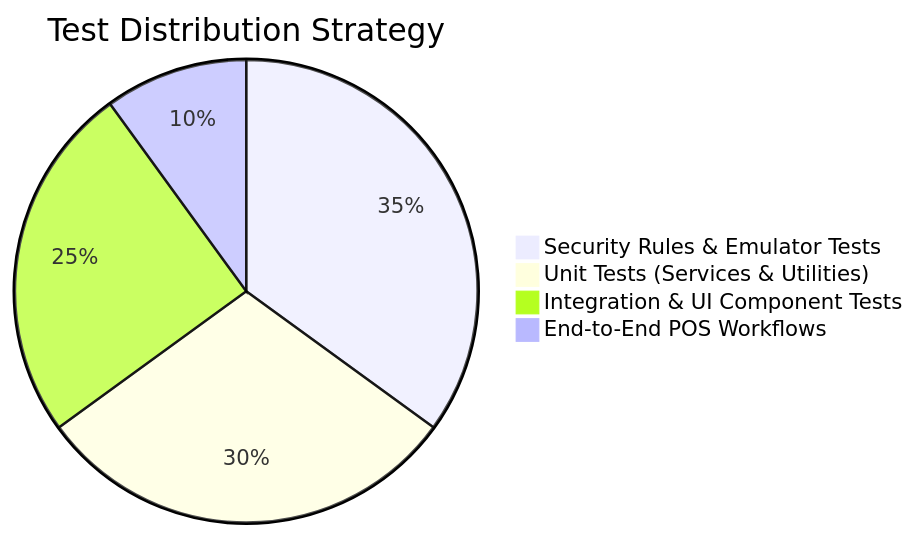
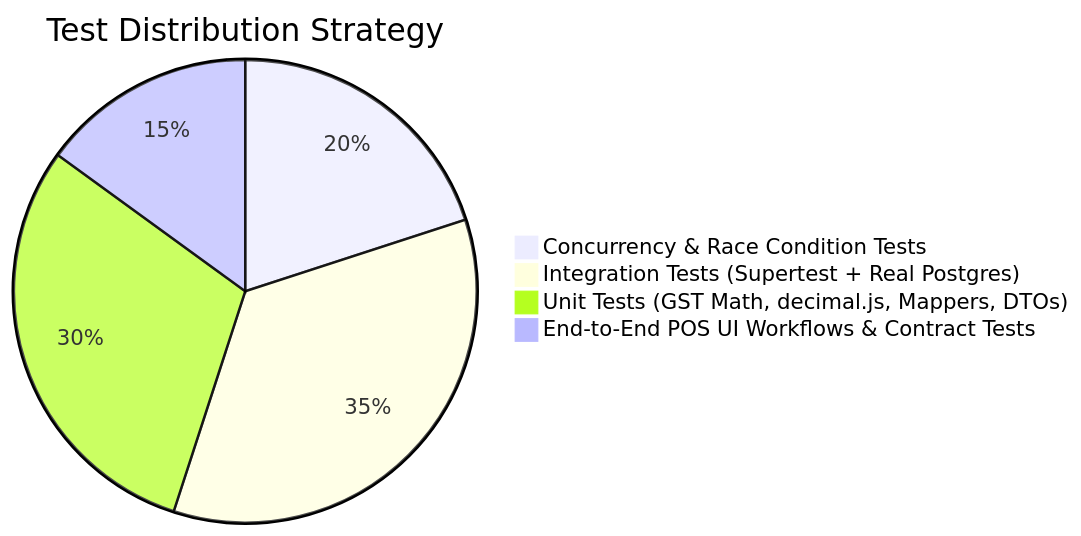
The diagram in docs/TESTING_STRATEGY.md (Jay-Kamat/POS-College-Project), drawn with Mermaid before and after one commit. The commit also changed other lines of this file and 50 other files, not shown here.

````diff
--- a/docs/TESTING_STRATEGY.md
+++ b/docs/TESTING_STRATEGY.md
@@ -6,7 +6,7 @@
 ```mermaid
 pie title Test Distribution Strategy
-    "Security Rules & Emulator Tests" : 35
-    "Unit Tests (Services & Utilities)" : 30
-    "Integration & UI Component Tests" : 25
-    "End-to-End POS Workflows" : 10
+    "Concurrency & Race Condition Tests" : 20
+    "Integration Tests (Supertest + Real Postgres)" : 35
+    "Unit Tests (GST Math, decimal.js, Mappers, DTOs)" : 30
+    "End-to-End POS UI Workflows & Contract Tests" : 15
 ```
````
